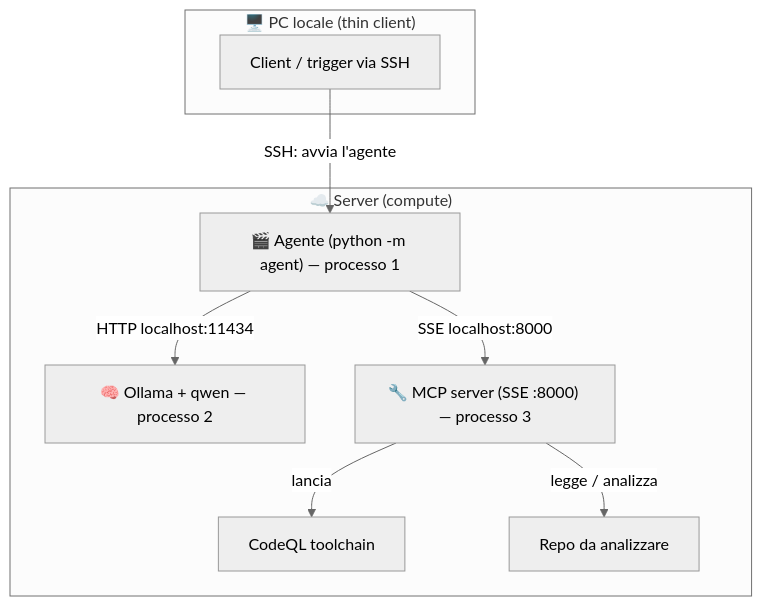
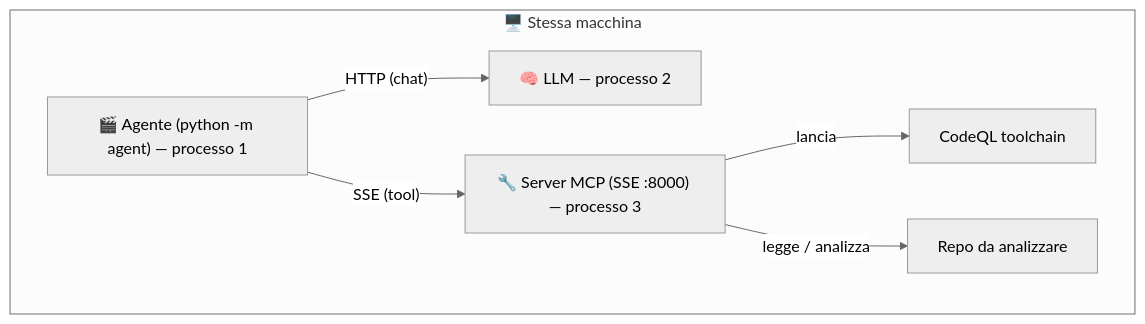
The third of 15 diagrams in documentazione/agent.md (iris-cmd22/Sibyl), drawn with Mermaid (neutral theme) before and after one commit. The commit also changed other lines of this file and 3 other files, not shown here.

````diff
--- a/documentazione/agent.md
+++ b/documentazione/agent.md
@@ -64,18 +107,14 @@
 ```mermaid
 flowchart TB
-    subgraph PC["🖥️ PC locale (thin client)"]
-        CL["Client / trigger via SSH"]
-    end
-    subgraph SRV["☁️ Server (compute)"]
+    subgraph M["🖥️ Stessa macchina"]
         AG["🎬 Agente (python -m agent) — processo 1"]
-        OLL["🧠 Ollama + qwen — processo 2"]
-        MCP["🔧 MCP server (SSE :8000) — processo 3"]
+        LLM["🧠 LLM — processo 2"]
+        MCP["🔧 Server MCP (SSE :8000) — processo 3"]
         TC["CodeQL toolchain"]
         RP["Repo da analizzare"]
-        AG -->|"HTTP localhost:11434"| OLL
-        AG -->|"SSE localhost:8000"| MCP
+        AG -->|"HTTP (chat)"| LLM
+        AG -->|"SSE (tool)"| MCP
         MCP -->|"lancia"| TC
         MCP -->|"legge / analizza"| RP
     end
-    CL -->|"SSH: avvia l'agente"| AG
 ```
````
